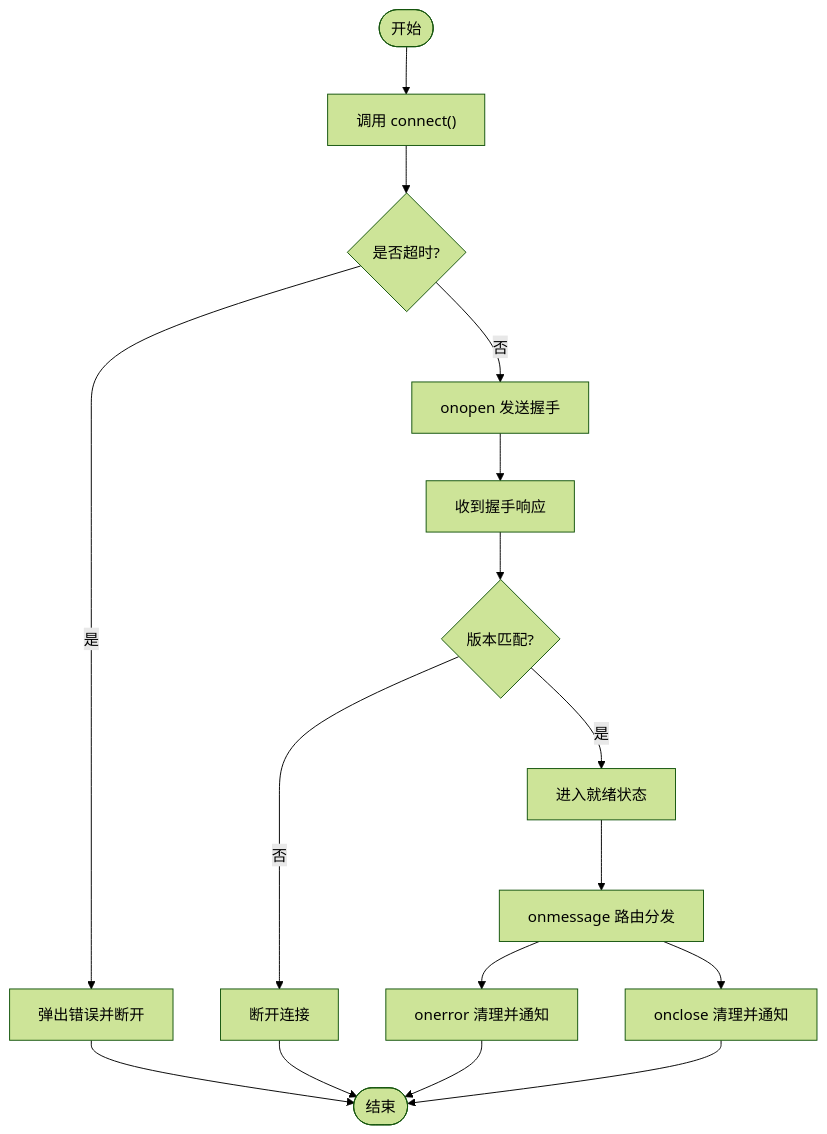
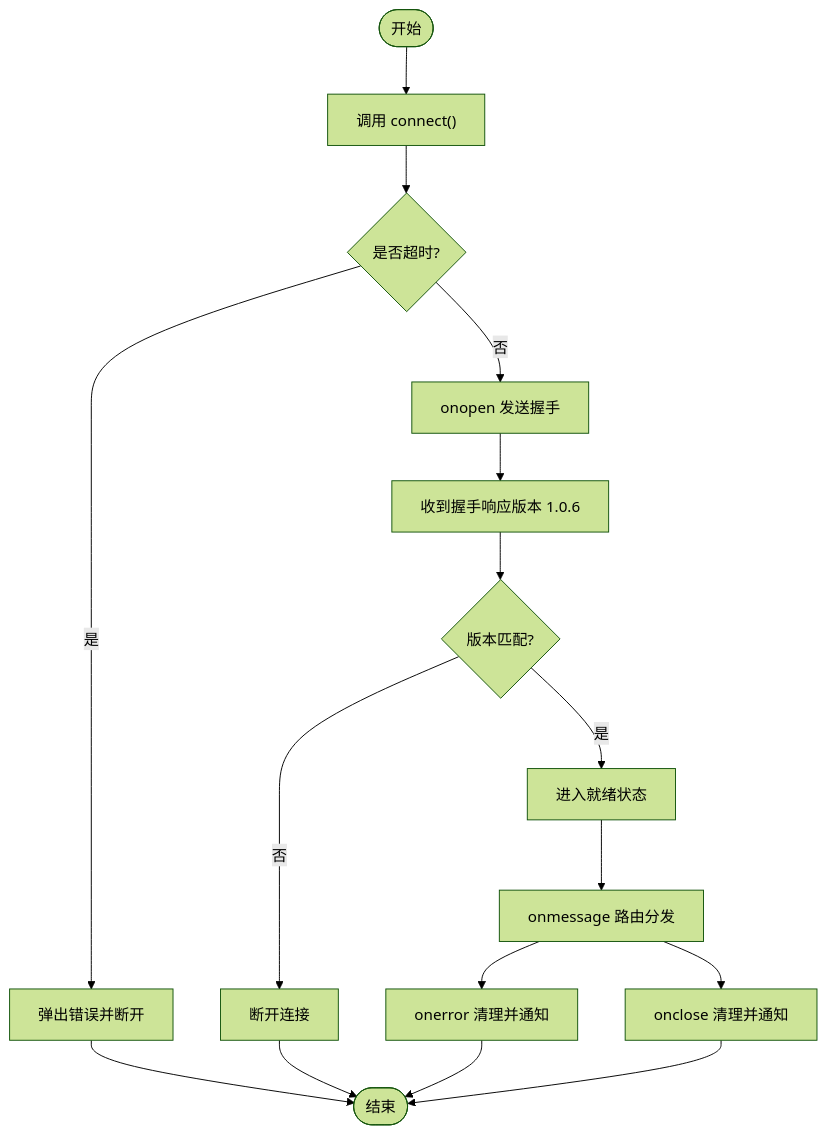
The fourth of 6 diagrams in .qoder/repowiki/zh/content/服务层架构/WebSocket 服务器.md (kqcoxn/MaaPipelineEditor), drawn with Mermaid (forest theme) before and after one commit. The commit also changed other lines of this file and 37 other files, not shown here.

````diff
--- a/.qoder/repowiki/zh/content/服务层架构/WebSocket 服务器.md
+++ b/.qoder/repowiki/zh/content/服务层架构/WebSocket 服务器.md
@@ -307,18 +365,18 @@
 ```mermaid
 flowchart TD
 Start(["开始"]) --> Connect["调用 connect()"]
 Connect --> TimeoutCheck{"是否超时?"}
 TimeoutCheck --> |是| NotifyError["弹出错误并断开"]
 TimeoutCheck --> |否| OnOpen["onopen 发送握手"]
-OnOpen --> Handshake["收到握手响应"]
+OnOpen --> Handshake["收到握手响应版本 1.0.6"]
 Handshake --> VersionOK{"版本匹配?"}
 VersionOK --> |否| Disconnect["断开连接"]
 VersionOK --> |是| Ready["进入就绪状态"]
 Ready --> OnMessage["onmessage 路由分发"]
 OnMessage --> OnError["onerror 清理并通知"]
 OnMessage --> OnClose["onclose 清理并通知"]
 Disconnect --> End(["结束"])
 NotifyError --> End
 OnError --> End
 OnClose --> End
 ```
````
